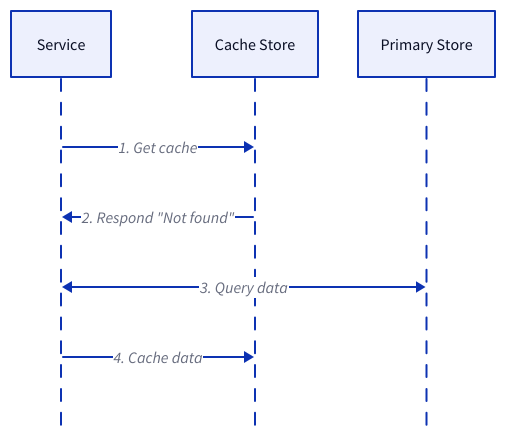
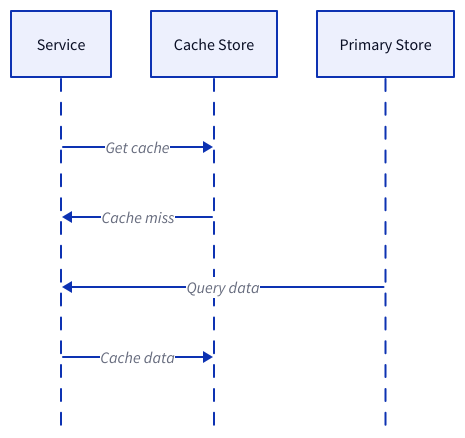
Before and after one commit to link1905/system-design-101: the fourth of 7 diagrams in content/docs/design-patterns/caching-patterns.md, drawn with D2. The commit also changed other lines of this file and 11 other files, not shown here.

````diff
--- a/content/docs/design-patterns/caching-patterns.md
+++ b/content/docs/design-patterns/caching-patterns.md
@@ -88,18 +88,18 @@
 ```d2
 shape: sequence_diagram
 s: Service {
     class: server
 }
 c: Cache Store {
     class: cache
 }
 db: Primary Store {
     class: db
 }
-s -> c: 1. Get cache
-c -> s: 2. Respond "Not found" {
+s -> c: Get cache
+c -> s: Cache miss {
     class: error-conn
 }
-s <-> db: 3. Query data
-s -> c: 4. Cache data
+s <- db: Query data
+s -> c: Cache data
 ```
````
